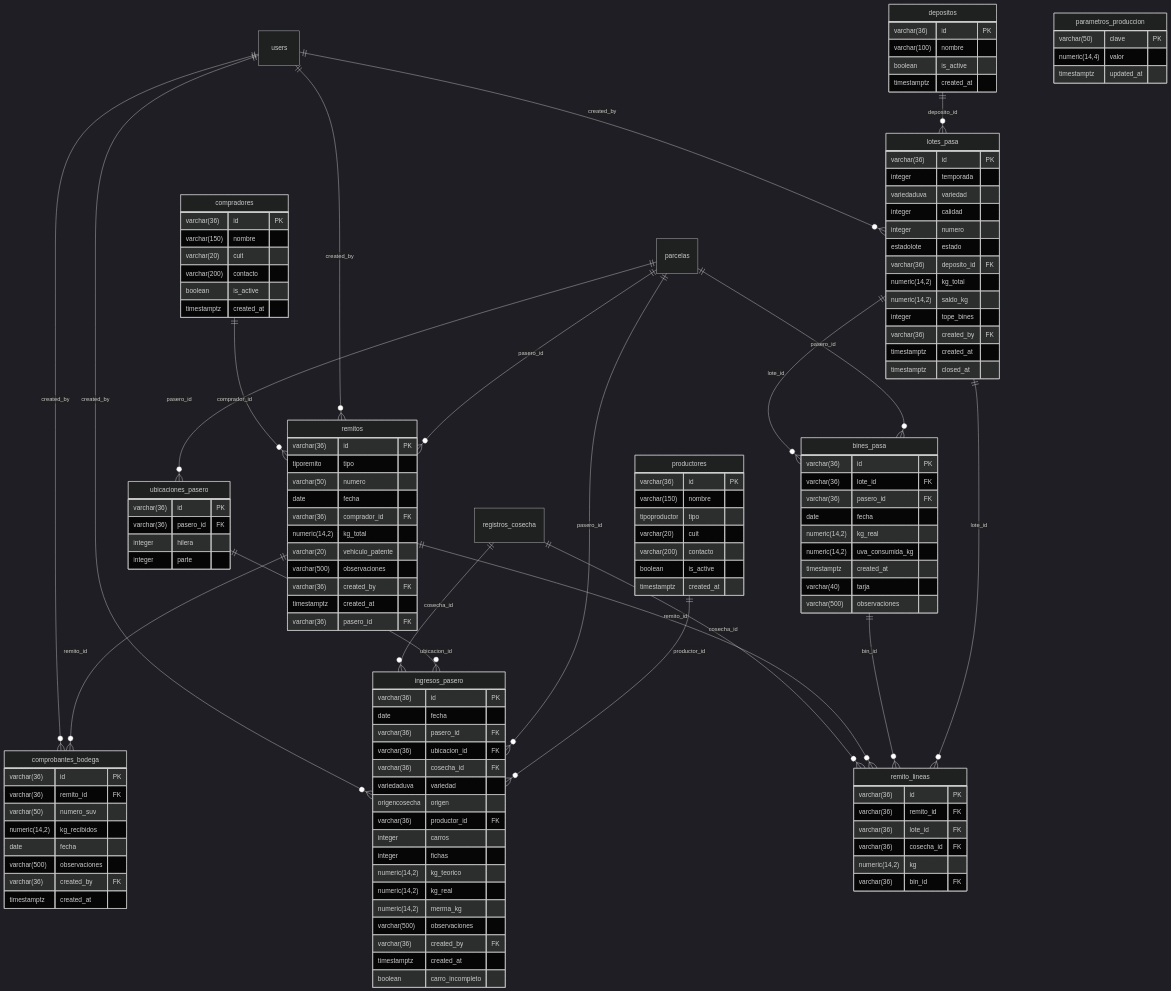
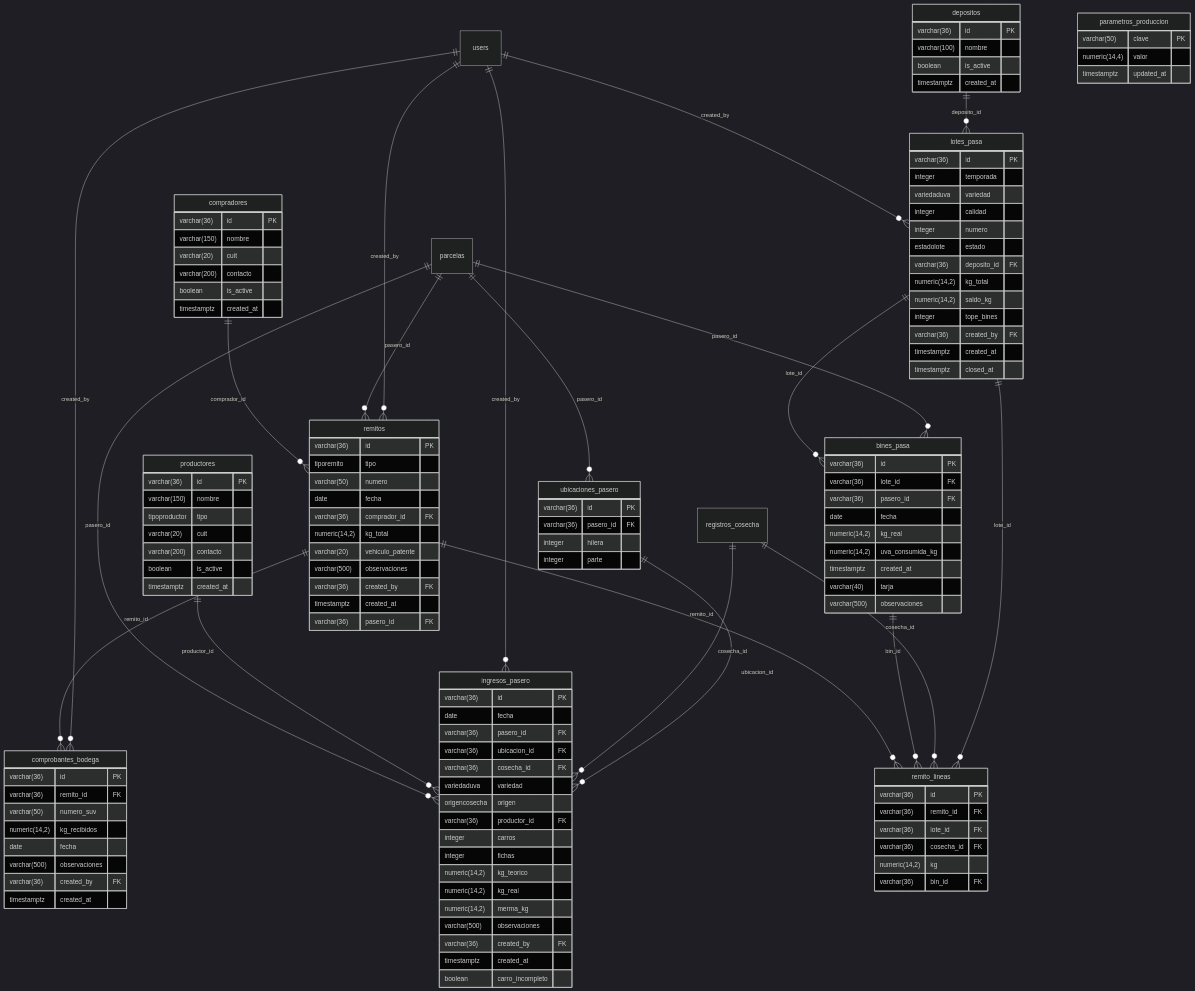
One commit to FaustoYanzon/Proyecto-Gestion-Los-Lirios- changed the fourth of 10 diagrams in docs/sistema/Modelo de Datos.md. Above: the diagram before and after it, drawn with Mermaid (dark theme). The commit also changed other lines of this file and 1 other file, not shown here.

```diff
--- a/docs/sistema/Modelo de Datos.md
+++ b/docs/sistema/Modelo de Datos.md
@@ -555,22 +554,22 @@
 erDiagram
     lotes_pasa ||--o{ bines_pasa : "lote_id"
     parcelas ||--o{ bines_pasa : "pasero_id"
+    remitos ||--o{ comprobantes_bodega : "remito_id"
     users ||--o{ comprobantes_bodega : "created_by"
-    remitos ||--o{ comprobantes_bodega : "remito_id"
+    parcelas ||--o{ ingresos_pasero : "pasero_id"
+    productores ||--o{ ingresos_pasero : "productor_id"
     users ||--o{ ingresos_pasero : "created_by"
     registros_cosecha ||--o{ ingresos_pasero : "cosecha_id"
     ubicaciones_pasero ||--o{ ingresos_pasero : "ubicacion_id"
-    parcelas ||--o{ ingresos_pasero : "pasero_id"
-    productores ||--o{ ingresos_pasero : "productor_id"
     users ||--o{ lotes_pasa : "created_by"
     depositos ||--o{ lotes_pasa : "deposito_id"
-    registros_cosecha ||--o{ remito_lineas : "cosecha_id"
     remitos ||--o{ remito_lineas : "remito_id"
     bines_pasa ||--o{ remito_lineas : "bin_id"
+    registros_cosecha ||--o{ remito_lineas : "cosecha_id"
     lotes_pasa ||--o{ remito_lineas : "lote_id"
     compradores ||--o{ remitos : "comprador_id"
+    parcelas ||--o{ remitos : "pasero_id"
     users ||--o{ remitos : "created_by"
-    parcelas ||--o{ remitos : "pasero_id"
     parcelas ||--o{ ubicaciones_pasero : "pasero_id"
     productores {
         varchar(36) id PK
```
